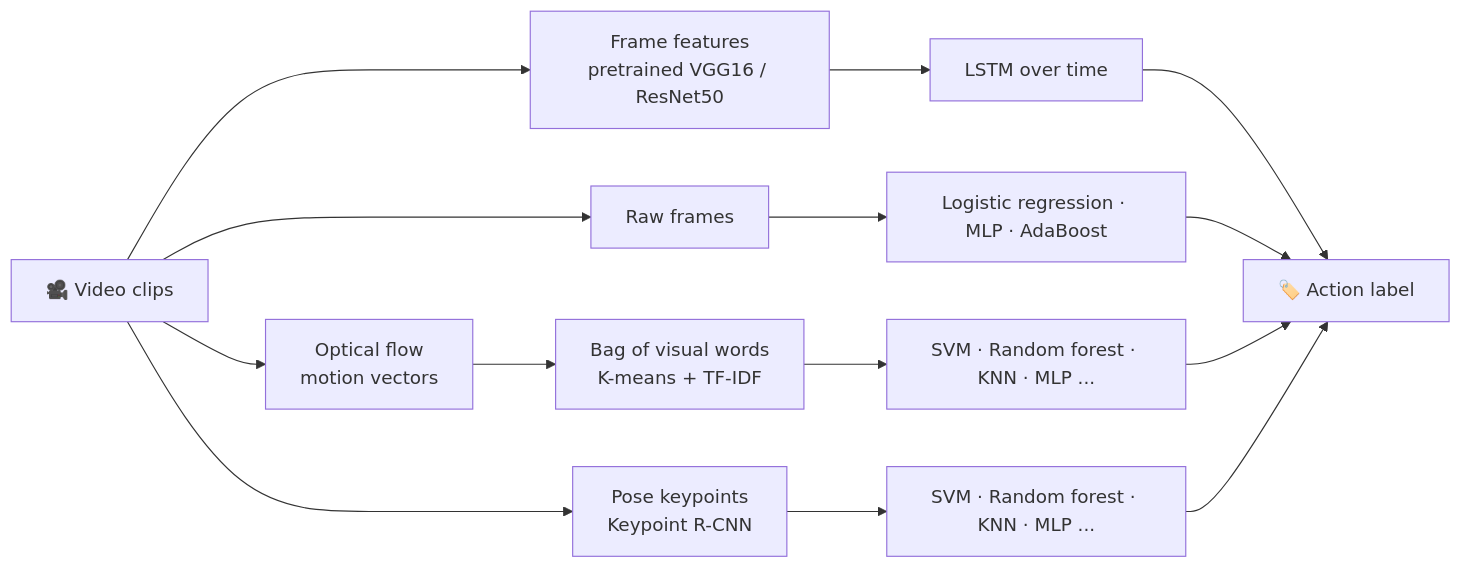
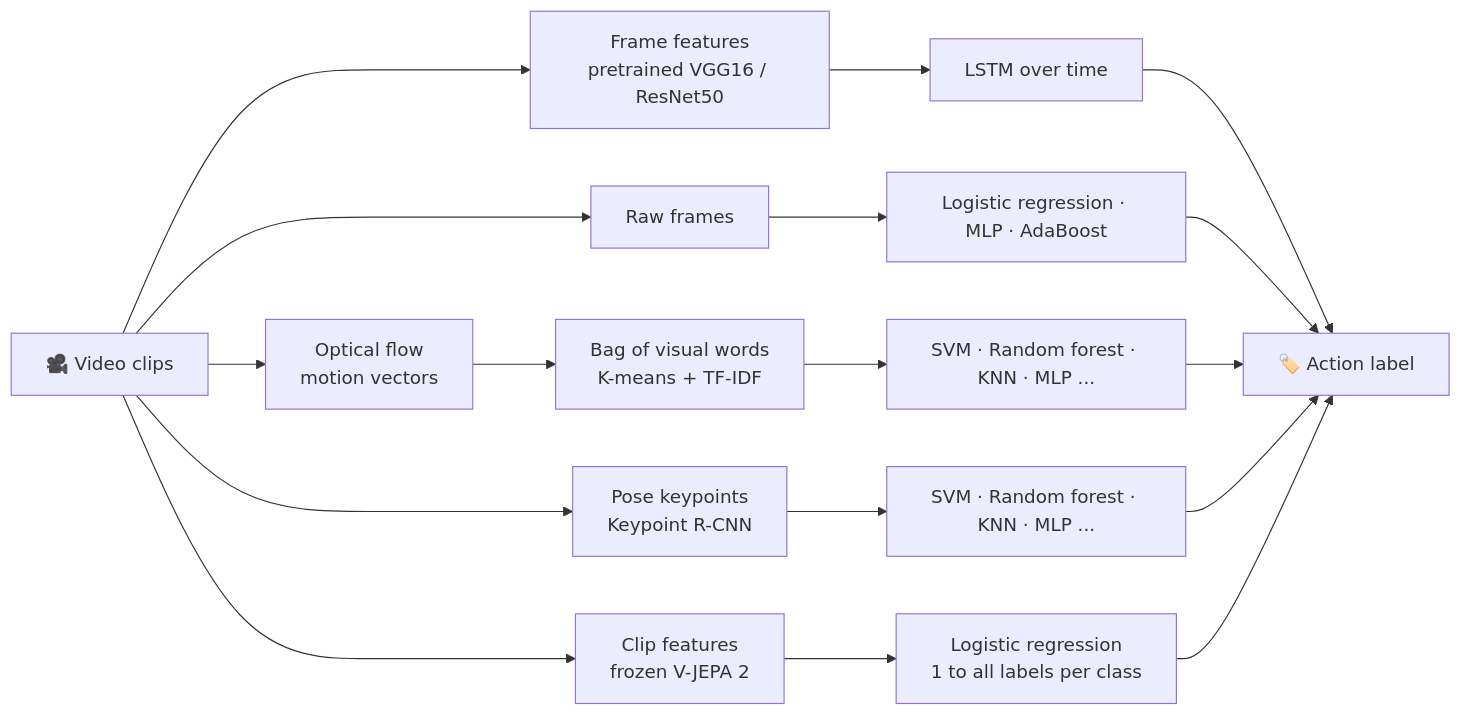
Before and after one commit to OrnelaBregu/human-action-recognition: the diagram in README.md, drawn with Mermaid. The commit also changed other lines of this file, not shown here.

Commit message:
README: add V-JEPA 2 to the How it works diagram

````diff
--- a/README.md
+++ b/README.md
@@ -29,14 +29,17 @@
 ```mermaid
 flowchart LR
     V[🎥 Video clips] --> A[Raw frames]
     V --> B[Optical flow<br/>motion vectors]
     V --> C[Pose keypoints<br/>Keypoint R-CNN]
     V --> D[Frame features<br/>pretrained VGG16 / ResNet50]
+    V --> F[Clip features<br/>frozen V-JEPA 2]
     A --> M1[Logistic regression · MLP · AdaBoost]
     B --> W[Bag of visual words<br/>K-means + TF-IDF] --> M2[SVM · Random forest · KNN · MLP ...]
     C --> M3[SVM · Random forest · KNN · MLP ...]
     D --> L[LSTM over time] --> R[🏷️ Action label]
+    F --> M4[Logistic regression<br/>1 to all labels per class]
     M1 --> R
     M2 --> R
     M3 --> R
+    M4 --> R
 ```
````
